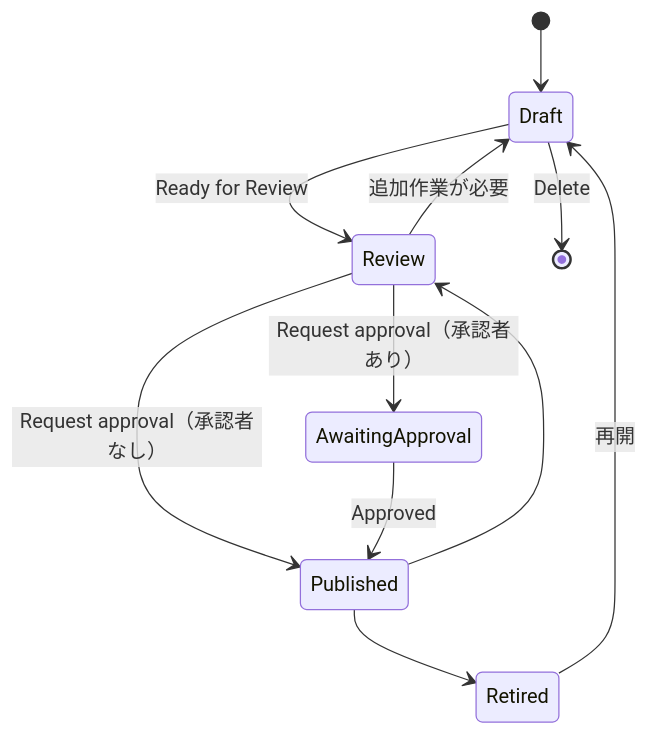
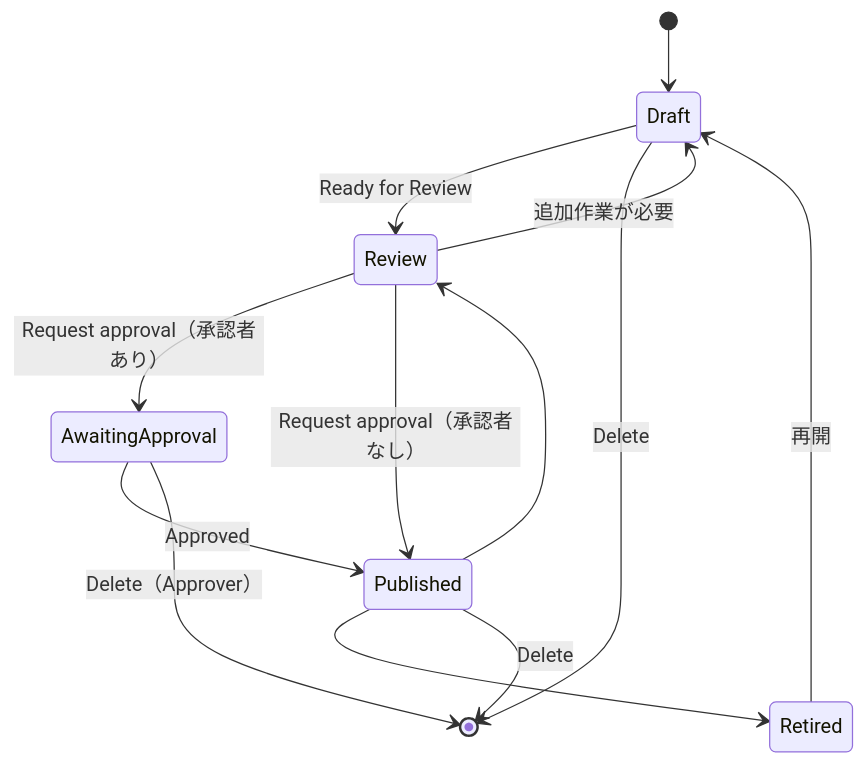
One commit to hidefumiagata/platform-doc changed the second of 4 diagrams in ServiceNow/02_リファレンス/irm/integrated-risk-management.md. Above: the diagram before and after it, drawn with Mermaid. The commit also changed other lines of this file and 346 other files, not shown here.

````diff
--- a/ServiceNow/02_リファレンス/irm/integrated-risk-management.md
+++ b/ServiceNow/02_リファレンス/irm/integrated-risk-management.md
@@ -310,13 +316,15 @@
 ```mermaid
 stateDiagram-v2
   [*] --> Draft
   Draft --> Review: Ready for Review
   Review --> Draft: 追加作業が必要
   Review --> AwaitingApproval: Request approval（承認者あり）
   Review --> Published: Request approval（承認者なし）
   AwaitingApproval --> Published: Approved
   Published --> Review
   Published --> Retired
   Retired --> Draft: 再開
   Draft --> [*]: Delete
+  AwaitingApproval --> [*]: Delete（Approver）
+  Published --> [*]: Delete
 ```
````
